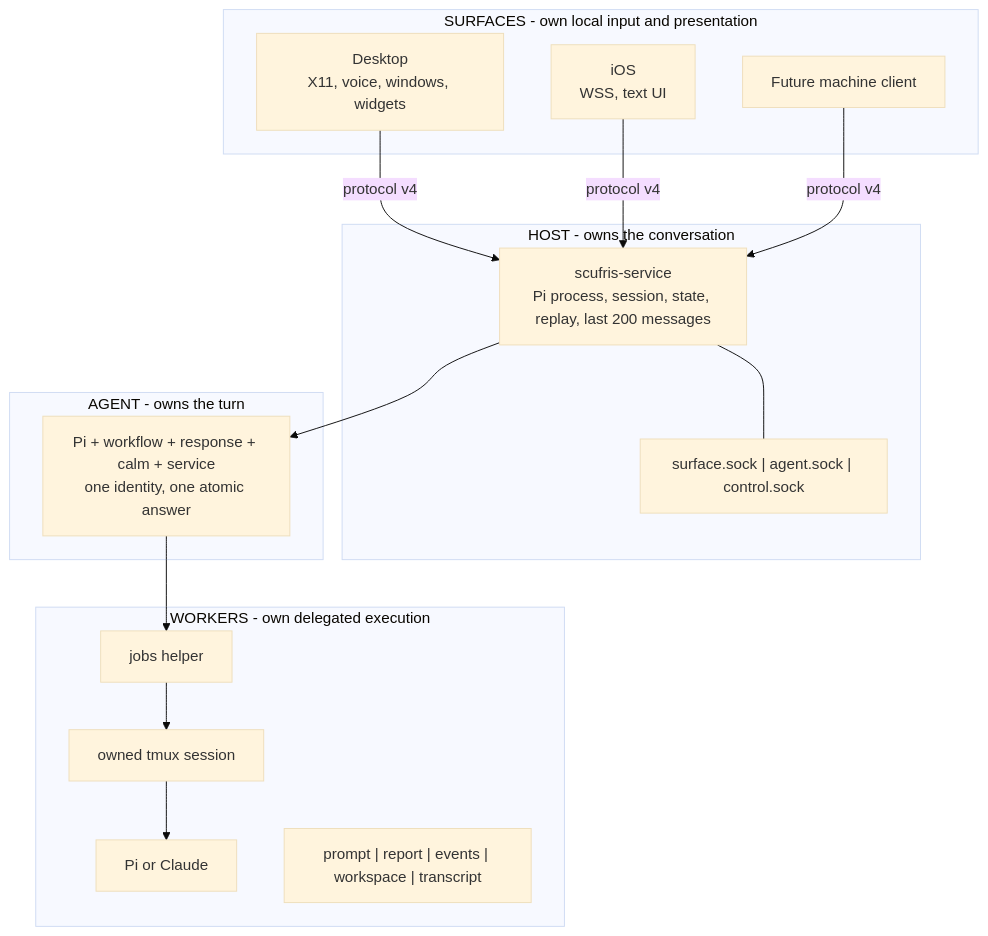
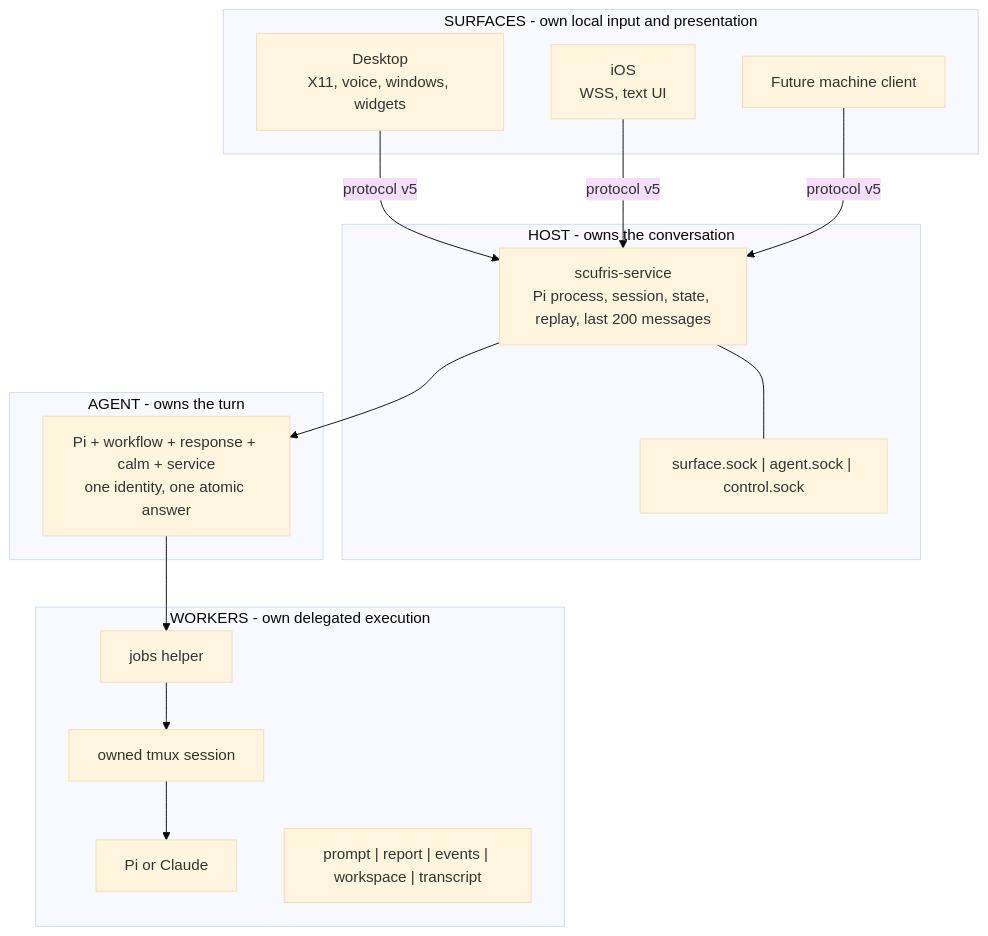
Before and after one commit to alexjercan/scufris2: the first of 5 diagrams in docs/src/dev/architecture.md, drawn with Mermaid (base theme). The commit also changed other lines of this file and 28 other files, not shown here.

````diff
--- a/docs/src/dev/architecture.md
+++ b/docs/src/dev/architecture.md
@@ -7,25 +7,25 @@
 ```mermaid
 flowchart TB
     subgraph Surfaces["SURFACES - own local input and presentation"]
         Desktop["Desktop<br/>X11, voice, windows, widgets"]
         IOS["iOS<br/>WSS, text UI"]
         Future["Future machine client"]
     end
     subgraph Host["HOST - owns the conversation"]
         Service["scufris-service<br/>Pi process, session, state, replay, last 200 messages"]
         Sockets["surface.sock | agent.sock | control.sock"]
         Service --- Sockets
     end
     subgraph Agent["AGENT - owns the turn"]
         Pi["Pi + workflow + response + calm + service<br/>one identity, one atomic answer"]
     end
     subgraph Workers["WORKERS - own delegated execution"]
         Helper[jobs helper] --> Tmux[owned tmux session] --> Harness[Pi or Claude]
         Durable["prompt | report | events | workspace | transcript"]
     end
-    Desktop -->|protocol v4| Service
-    IOS -->|protocol v4| Service
-    Future -->|protocol v4| Service
+    Desktop -->|protocol v5| Service
+    IOS -->|protocol v5| Service
+    Future -->|protocol v5| Service
     Service --> Pi
     Pi --> Helper
 ```
````
